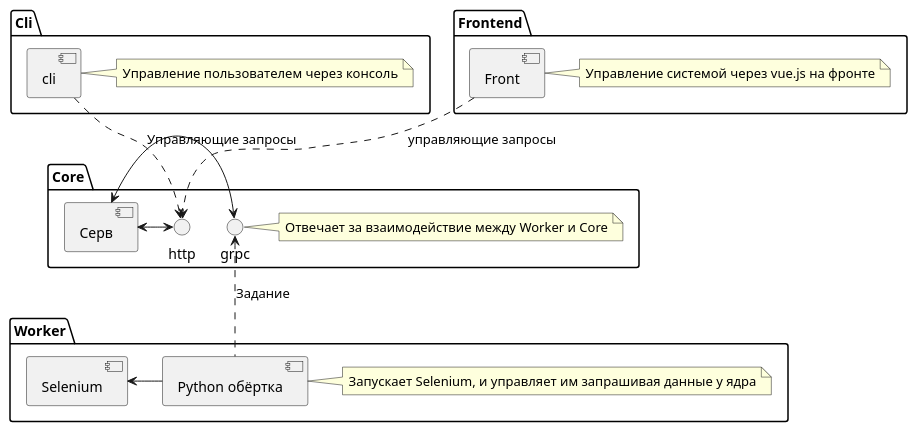
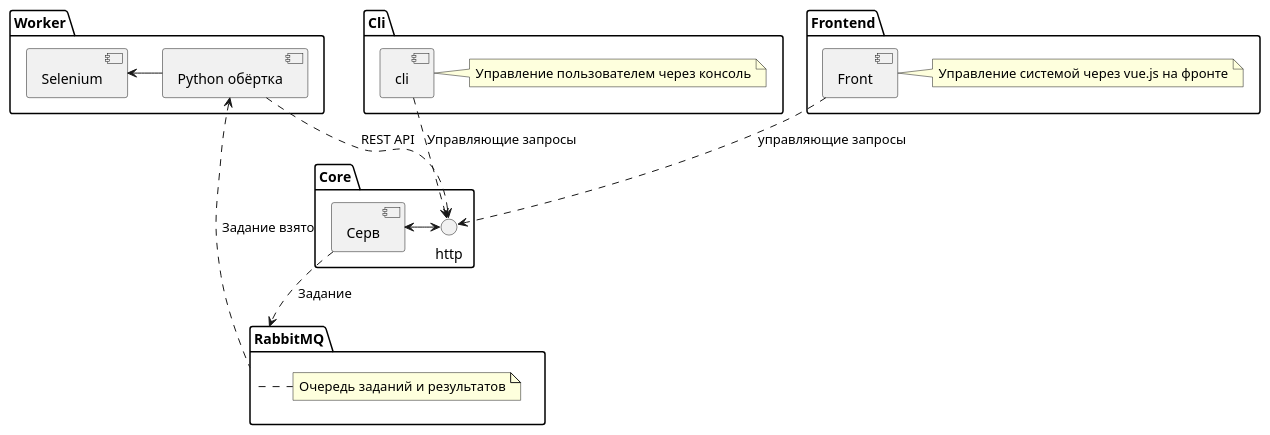
One commit to nrf24l01/cp_money_contoller changed the diagram in communication.puml. Above: the diagram before and after it, drawn with PlantUML. The commit also changed 19 other files, not shown here.

```diff
--- a/communication.puml
+++ b/communication.puml
@@ -1,31 +1,32 @@
 @startuml Архитектура
 package "Worker" {
     [Selenium] <- [Python обёртка]
-    note right of [Python обёртка]
-        Запускает Selenium, и управляет им запрашивая данные у ядра
-    end note
 }
 
 package "Core" {
-    grpc <.. [Python обёртка] : Задание
-    note right of grpc
-        Отвечает за взаимодействие между Worker и Core
+    [Серв] <-> http
+    [Python обёртка] ..> http : REST API
+}
+
+package "RabbitMQ" {
+    [Python обёртка] <.. RabbitMQ : Задание взято 
+    [Серв] ..> RabbitMQ : Задание
+    note right of [RabbitMQ]
+        Очередь заданий и результатов
     end note
-    [Серв] <-> grpc
-    [Серв] <-> http
 }
 
 package "Cli" {
     [cli] ..> http : Управляющие запросы
     note right of [cli]
         Управление пользователем через консоль
     end note
 }
 
 package "Frontend" {
     [Front] ..> http : управляющие запросы
     note right of [Front]
         Управление системой через vue.js на фронте
     end note
 }
 @enduml
```
